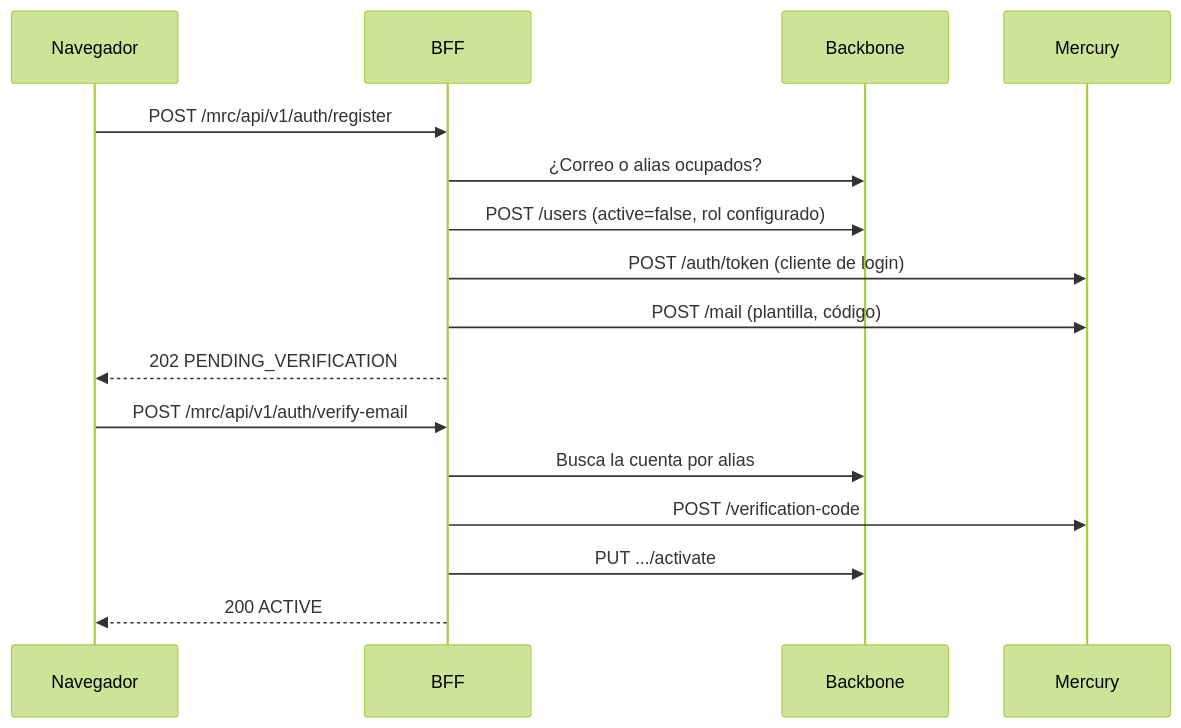
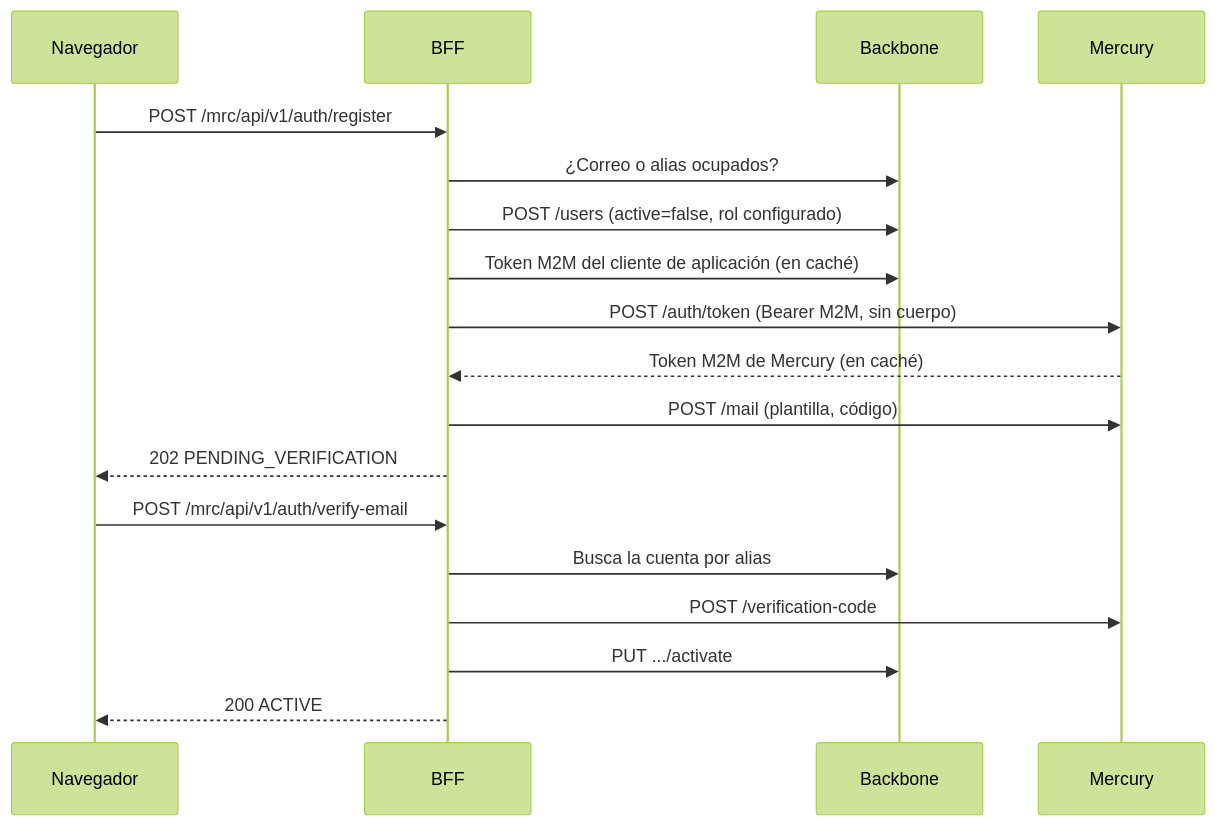
The first of 3 diagrams in docs/technical/registration.md (um-dev-creative/iris), drawn with Mermaid (forest theme) before and after one commit. The commit also changed other lines of this file and 17 other files, not shown here.

Commit message:
fix(registration): get the Mercury token with the application client; fix nginx/CORS and Vault path settings

````diff
--- a/docs/technical/registration.md
+++ b/docs/technical/registration.md
@@ -5,18 +5,20 @@
 ```mermaid
 sequenceDiagram
     participant N as Navegador
     participant B as BFF
     participant K as Backbone
     participant M as Mercury
     N->>B: POST /mrc/api/v1/auth/register
     B->>K: ¿Correo o alias ocupados?
     B->>K: POST /users (active=false, rol configurado)
-    B->>M: POST /auth/token (cliente de login)
+    B->>K: Token M2M del cliente de aplicación (en caché)
+    B->>M: POST /auth/token (Bearer M2M, sin cuerpo)
+    M-->>B: Token M2M de Mercury (en caché)
     B->>M: POST /mail (plantilla, código)
     B-->>N: 202 PENDING_VERIFICATION
     N->>B: POST /mrc/api/v1/auth/verify-email
     B->>K: Busca la cuenta por alias
     B->>M: POST /verification-code
     B->>K: PUT .../activate
     B-->>N: 200 ACTIVE
 ```
````
